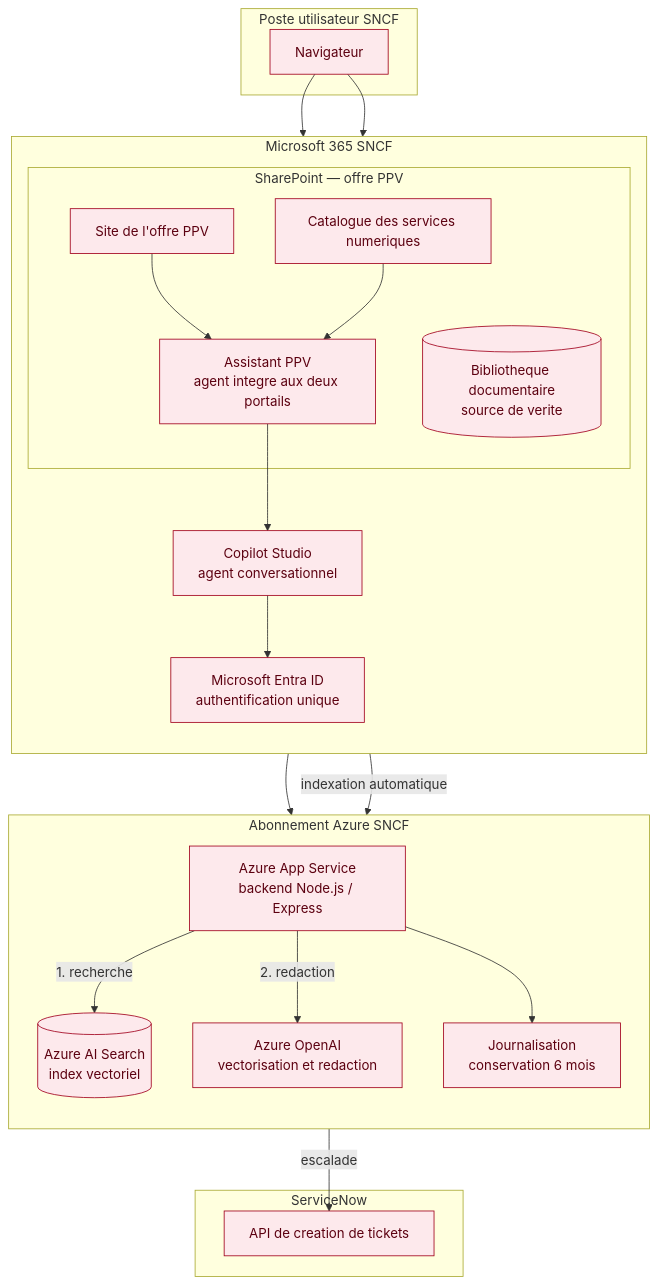
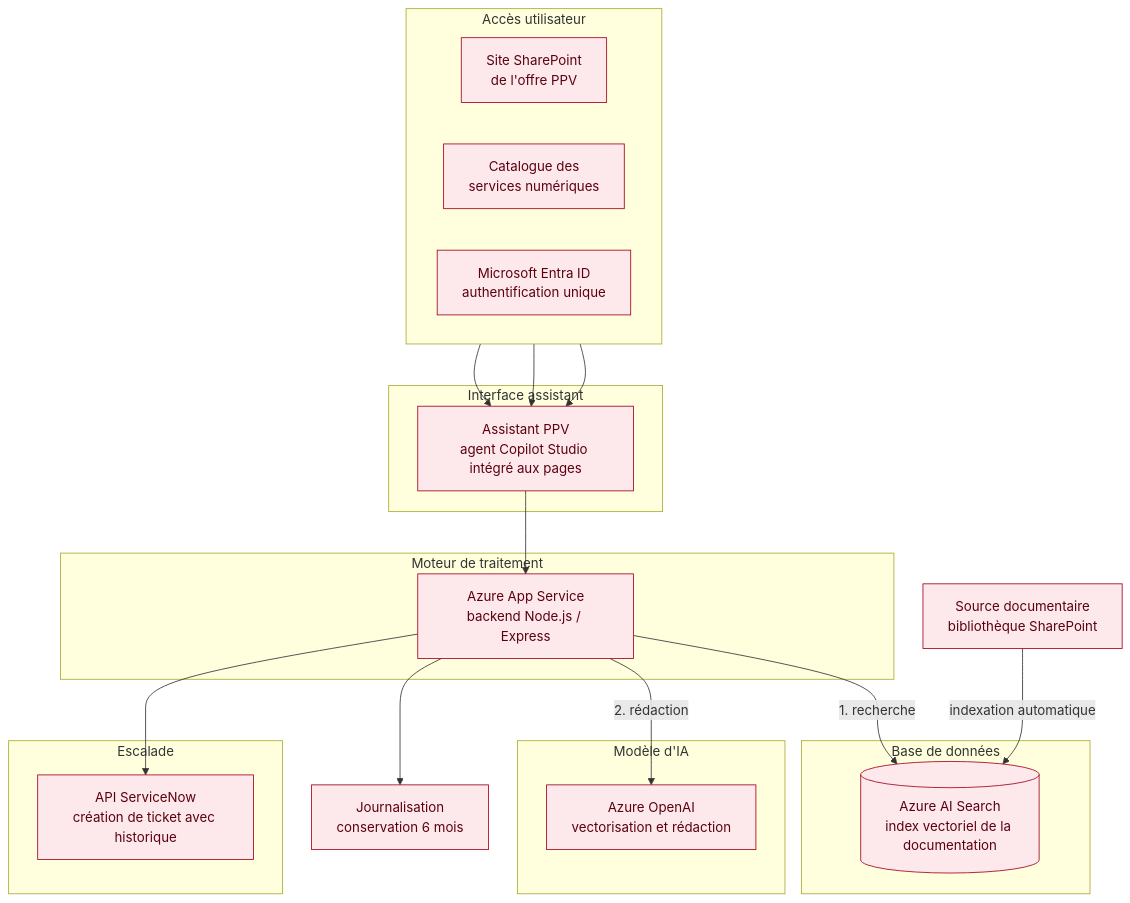
The third of 3 diagrams in 12bis-diagramme-deploiement.md (margotmc-web/Chatbot_PPV_BC07), drawn with Mermaid before and after one commit. The commit also changed other lines of this file, not shown here.

````diff
--- a/12bis-diagramme-deploiement.md
+++ b/12bis-diagramme-deploiement.md
@@ -105,46 +89,40 @@
 ```mermaid
 flowchart TB
-    subgraph POSTE["Poste utilisateur SNCF"]
-        U1["Navigateur"]
+    subgraph ACC["Accès utilisateur"]
+        direction LR
+        A1["Site SharePoint<br/>de l'offre PPV"]
+        A2["Catalogue des<br/>services numériques"]
+        A3["Microsoft Entra ID<br/>authentification unique"]
+    end
+    subgraph INT["Interface assistant"]
+        B1["Assistant PPV<br/>agent Copilot Studio intégré aux pages"]
+    end
+    subgraph MOT["Moteur de traitement"]
+        C1["Azure App Service<br/>backend Node.js / Express"]
+    end
+    subgraph BDD["Base de données"]
+        D1[("Azure AI Search<br/>index vectoriel de la documentation")]
+    end
+    subgraph IA["Modèle d'IA"]
+        E1["Azure OpenAI<br/>vectorisation et rédaction"]
+    end
+    subgraph ESC["Escalade"]
+        F1["API ServiceNow<br/>création de ticket avec historique"]
     end
 
-    subgraph M365["Microsoft 365 SNCF"]
-        direction TB
-        subgraph SP["SharePoint — offre PPV"]
-            S1["Site de l'offre PPV"]
-            S4["Catalogue des services numeriques"]
-            S2["Assistant PPV<br/>agent integre aux deux portails"]
-            S3[("Bibliotheque documentaire<br/>source de verite")]
-        end
-        C1["Copilot Studio<br/>agent conversationnel"]
-        AD["Microsoft Entra ID<br/>authentification unique"]
-    end
+    SRC["Source documentaire<br/>bibliothèque SharePoint"]
+    LOG["Journalisation<br/>conservation 6 mois"]
 
-    subgraph AZ["Abonnement Azure SNCF"]
-        direction TB
-        A1["Azure App Service<br/>backend Node.js / Express"]
-        A2[("Azure AI Search<br/>index vectoriel")]
-        A3["Azure OpenAI<br/>vectorisation et redaction"]
-        A4["Journalisation<br/>conservation 6 mois"]
-    end
-
-    subgraph SN["ServiceNow"]
-        T1["API de creation de tickets"]
-    end
-
-    U1 --> S1
-    U1 --> S4
-    S1 --> S2
-    S4 --> S2
-    S2 --> C1
-    C1 --> AD
-    C1 --> A1
-    A1 -->|1. recherche| A2
-    A1 -->|2. redaction| A3
-    S3 -->|indexation automatique| A2
-    A1 --> A4
-    A1 -->|escalade| T1
+    A1 --> B1
+    A2 --> B1
+    A3 --> B1
+    B1 --> C1
+    C1 -->|1. recherche| D1
+    C1 -->|2. rédaction| E1
+    C1 --> F1
+    C1 --> LOG
+    SRC -->|indexation automatique| D1
 
     classDef todo fill:#fde9ec,stroke:#a1001c,color:#5c0010;
-    class U1,S1,S4,S2,S3,C1,AD,A1,A2,A3,A4,T1 todo
+    class A1,A2,A3,B1,C1,D1,E1,F1,SRC,LOG todo
 ```
````
